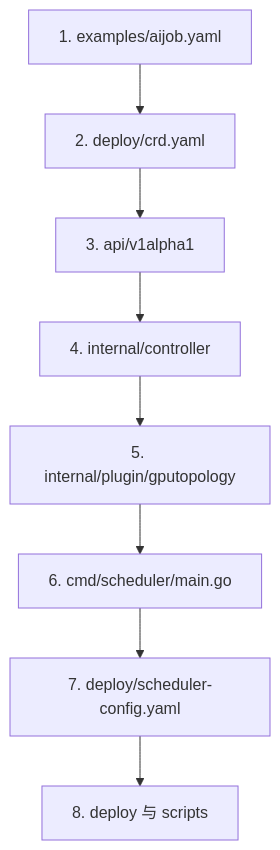
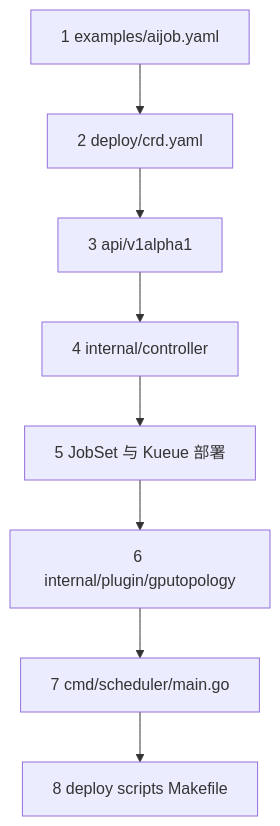
One commit to tihaya-anon/ai-infra changed the third of 3 diagrams in docs/tutorial.md. Above: the diagram before and after it, drawn with Mermaid. The commit also changed other lines of this file and 1 other file, not shown here.

Commit message:
docs: describe production AI job architecture

````diff
--- a/docs/tutorial.md
+++ b/docs/tutorial.md
@@ -96,19 +179,19 @@
 ```mermaid
 flowchart TD
-    Example[1. examples/aijob.yaml]
-    CRD[2. deploy/crd.yaml]
-    Types[3. api/v1alpha1]
-    Controller[4. internal/controller]
-    Plugin[5. internal/plugin/gputopology]
-    Register[6. cmd/scheduler/main.go]
-    Config[7. deploy/scheduler-config.yaml]
-    Runtime[8. deploy 与 scripts]
+    Example[1 examples/aijob.yaml]
+    CRD[2 deploy/crd.yaml]
+    Types[3 api/v1alpha1]
+    Controller[4 internal/controller]
+    JobSetManifest[5 JobSet 与 Kueue 部署]
+    Plugin[6 internal/plugin/gputopology]
+    Register[7 cmd/scheduler/main.go]
+    Runtime[8 deploy scripts Makefile]
 
     Example --> CRD
     CRD --> Types
     Types --> Controller
-    Controller --> Plugin
+    Controller --> JobSetManifest
+    JobSetManifest --> Plugin
     Plugin --> Register
-    Register --> Config
-    Config --> Runtime
+    Register --> Runtime
 ```
````
